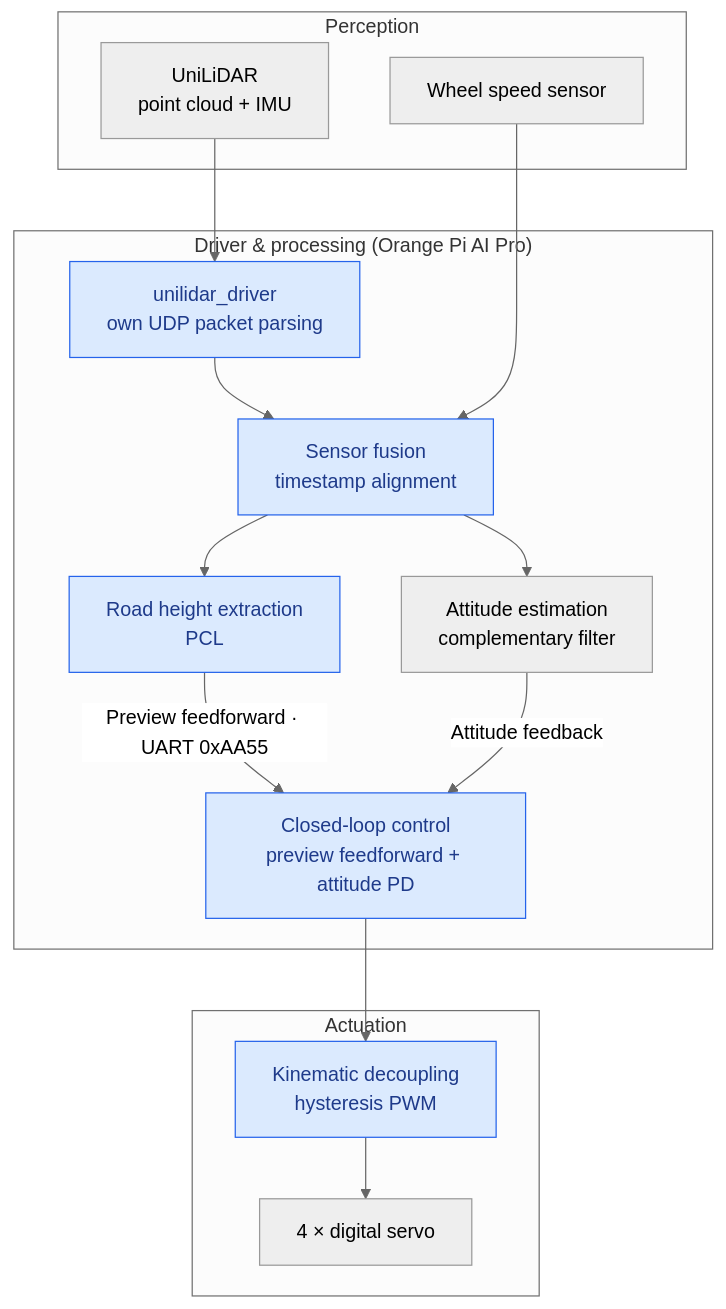
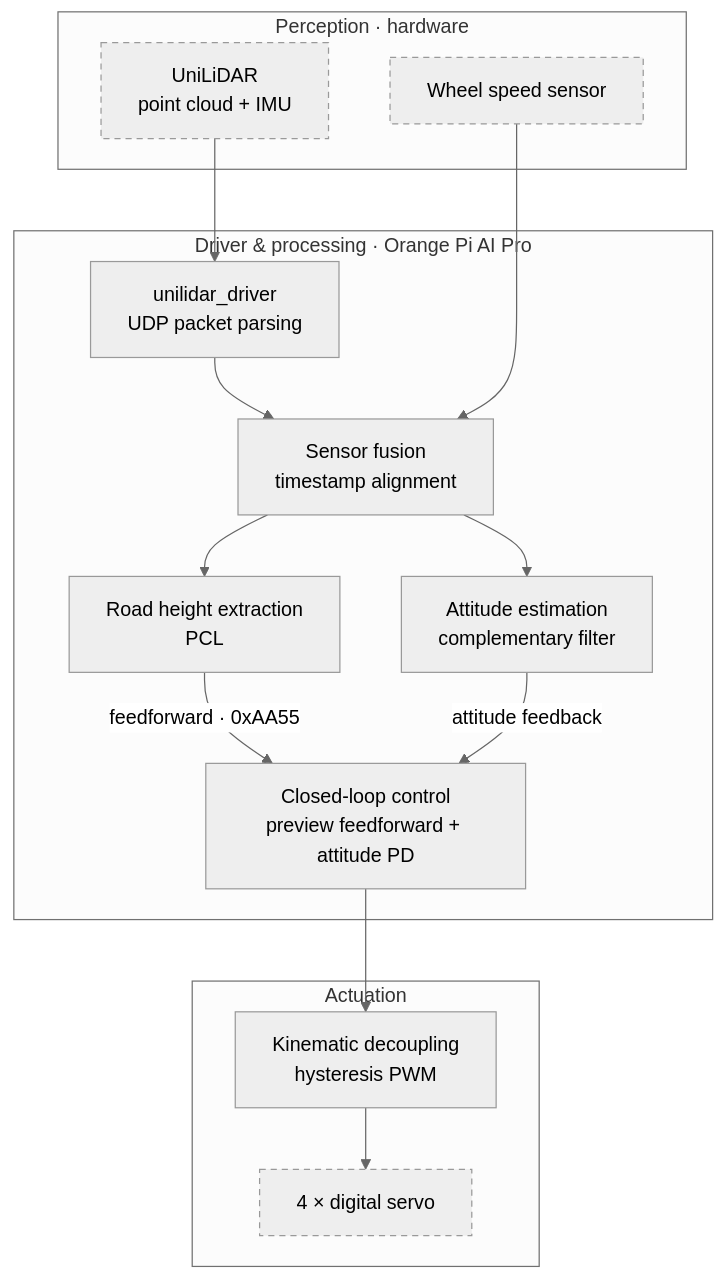
One commit to qi-neo/active-suspension-lidar-preview changed the first of 4 diagrams in README.en.md. Above: the diagram before and after it, drawn with Mermaid (neutral theme). The commit also changed other lines of this file and 1 other file, not shown here.

First line of the commit message:
docs: 重排 README 四张 mermaid 图，适配深色主题

````diff
--- a/README.en.md
+++ b/README.en.md
@@ -38,29 +38,28 @@
 ```mermaid
-%%{init: {"fontFamily": "-apple-system, BlinkMacSystemFont, PingFang SC, Helvetica Neue, Microsoft YaHei, sans-serif"}}%%
 flowchart TB
-    subgraph S1["Perception"]
+    subgraph S1["Perception · hardware"]
         L["UniLiDAR<br/>point cloud + IMU"]
         W["Wheel speed sensor"]
     end
-    subgraph S2["Driver & processing (Orange Pi AI Pro)"]
-        DR["unilidar_driver<br/>own UDP packet parsing"]
+    subgraph S2["Driver & processing · Orange Pi AI Pro"]
+        DR["unilidar_driver<br/>UDP packet parsing"]
         F["Sensor fusion<br/>timestamp alignment"]
         P["Road height extraction<br/>PCL"]
         A["Attitude estimation<br/>complementary filter"]
         C["Closed-loop control<br/>preview feedforward + attitude PD"]
     end
     subgraph S3["Actuation"]
         K["Kinematic decoupling<br/>hysteresis PWM"]
         D["4 × digital servo"]
     end
     L --> DR
     DR --> F
     W --> F
     F --> P
     F --> A
-    P -->|Preview feedforward · UART 0xAA55| C
-    A -->|Attitude feedback| C
+    P -->|feedforward · 0xAA55| C
+    A -->|attitude feedback| C
     C --> K --> D
-    classDef inrepo fill:#dbeafe,stroke:#2563eb,color:#1e3a8a
-    class DR,F,P,C,K inrepo
+    classDef hw stroke-dasharray: 5 4
+    class L,W,D hw
 ```
````
